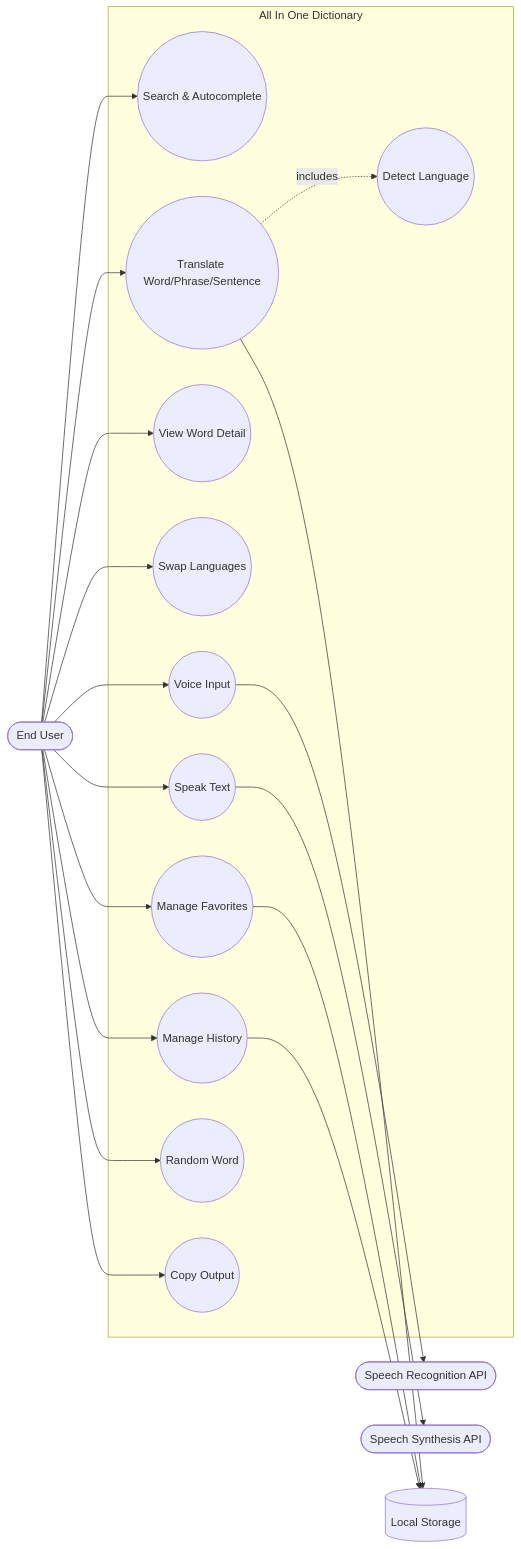
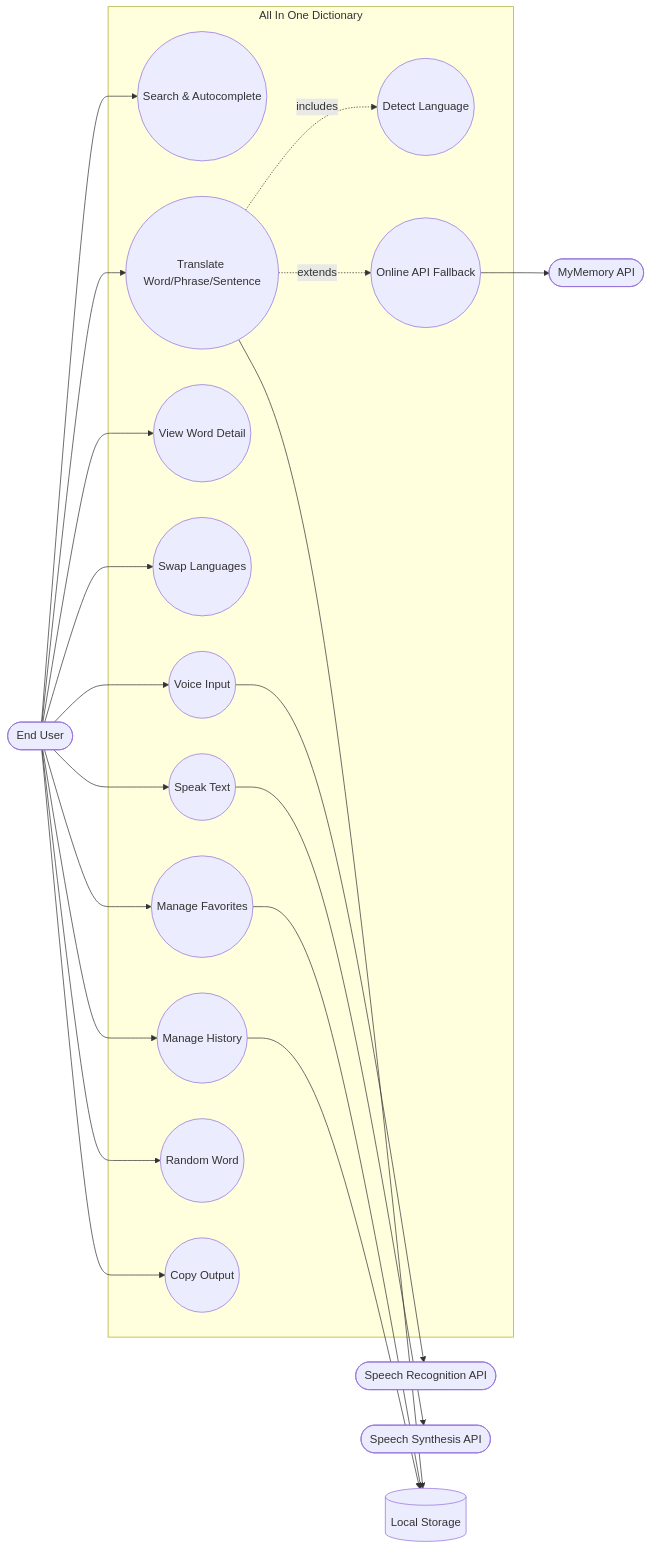
The diagram in documentation/1.Use_Case_Diagram.md (4xrhd/keya_swe_project), drawn with Mermaid before and after one commit. The commit also changed other lines of this file and 8 other files, not shown here.

Commit message:
feat: implement hybrid translation engine with online API fallback and update project documentation

````diff
--- a/documentation/1.Use_Case_Diagram.md
+++ b/documentation/1.Use_Case_Diagram.md
@@ -13,41 +14,45 @@
 ```mermaid
 flowchart LR
     User([End User])
     SR([Speech Recognition API])
     TTS([Speech Synthesis API])
     LS[(Local Storage)]
+    API([MyMemory API])
 
     subgraph System[All In One Dictionary]
       UC1((Search & Autocomplete))
       UC2((Translate Word/Phrase/Sentence))
       UC3((Detect Language))
       UC4((View Word Detail))
       UC5((Swap Languages))
       UC6((Voice Input))
       UC7((Speak Text))
       UC8((Manage Favorites))
       UC9((Manage History))
       UC10((Random Word))
       UC11((Copy Output))
+      UC12((Online API Fallback))
     end
 
     User --> UC1
     User --> UC2
     User --> UC4
     User --> UC5
     User --> UC6
     User --> UC7
     User --> UC8
     User --> UC9
     User --> UC10
     User --> UC11
 
     UC2 -. includes .-> UC3
+    UC2 -. extends .-> UC12
 
     UC6 --> SR
     UC7 --> TTS
+    UC12 --> API
 
     UC8 --> LS
     UC9 --> LS
     UC2 --> LS
 ```
````
